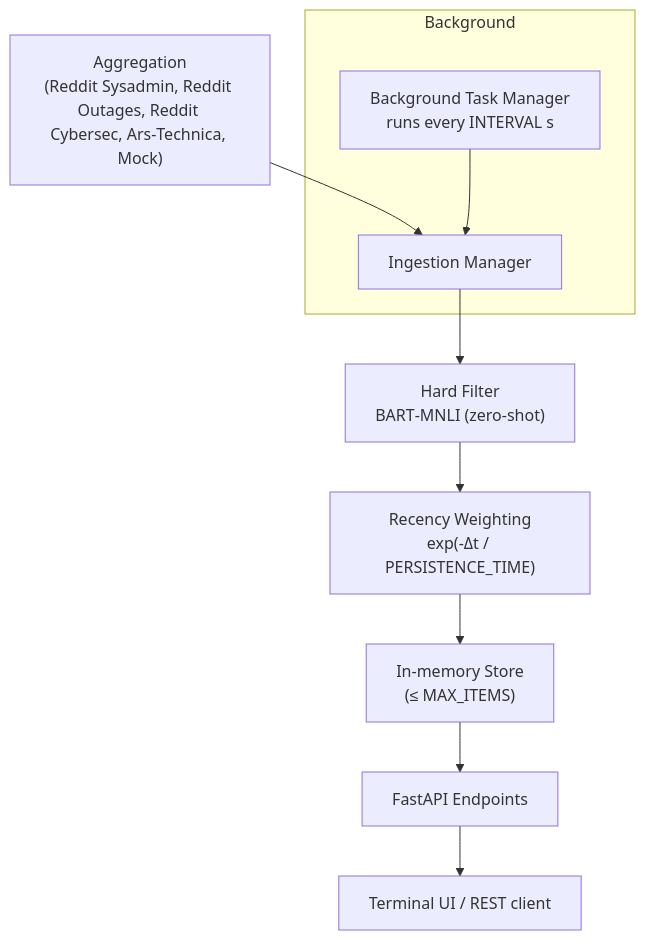
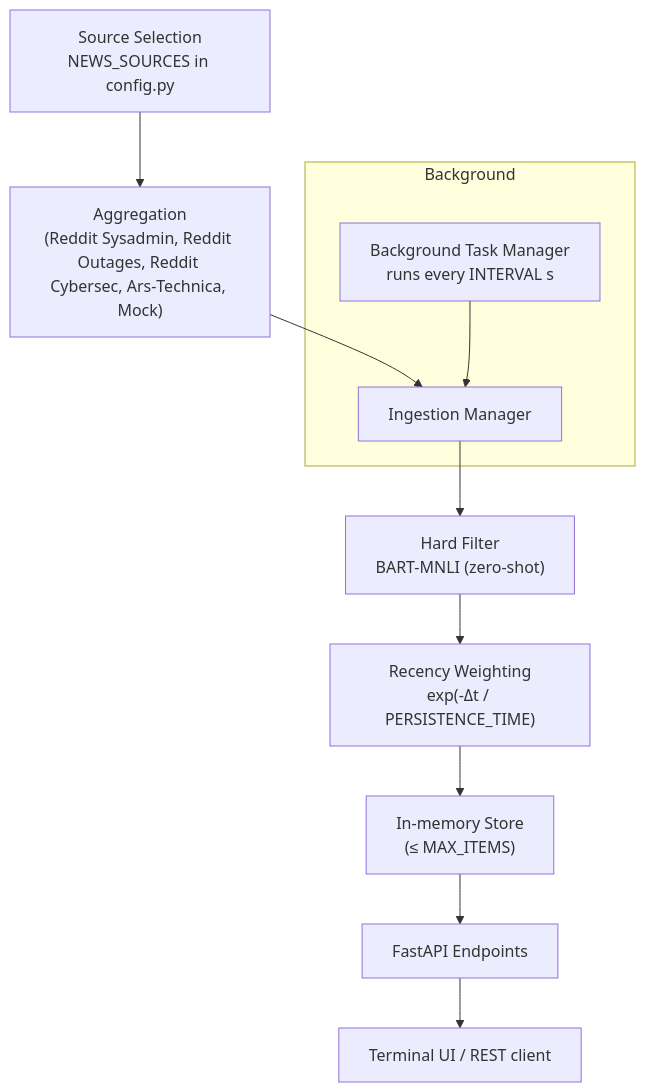
One commit to UmbertoTomasini/newsfeed changed the diagram in README.md. Above: the diagram before and after it, drawn with Mermaid. The commit also changed other lines of this file, not shown here.

````diff
--- a/README.md
+++ b/README.md
@@ -80,12 +80,13 @@
 ```mermaid
 flowchart TD
-    src["Aggregation<br/>(Reddit Sysadmin, Reddit Outages, Reddit Cybersec, Ars‑Technica, Mock)"] --> mgr["Ingestion Manager"]
-    mgr --> hf["Hard Filter<br/>BART‑MNLI (zero‑shot)"]
-    hf --> rec["Recency Weighting<br/>exp(-Δt / PERSISTENCE_TIME)"]
-    rec --> mem["In‑memory Store<br/>(≤ MAX_ITEMS)"]
+    sel["Source Selection<br/>NEWS_SOURCES in config.py"] --> src["Aggregation<br/>(Reddit Sysadmin, Reddit Outages, Reddit Cybersec, Ars‑Technica, Mock)"]
+    src --> mgr["Ingestion Manager"]
+    mgr --> hf["Hard Filter<br/>BART-MNLI (zero-shot)"]
+    hf --> rec["Recency Weighting<br/>exp(-Δt / PERSISTENCE_TIME)"]
+    rec --> mem["In-memory Store<br/>(≤ MAX_ITEMS)"]
     subgraph Background
         timer["Background Task Manager<br/>runs every INTERVAL s"] --> mgr
     end
     mem --> api["FastAPI Endpoints"]
     api --> ui["Terminal UI / REST client"]
 ```
````
